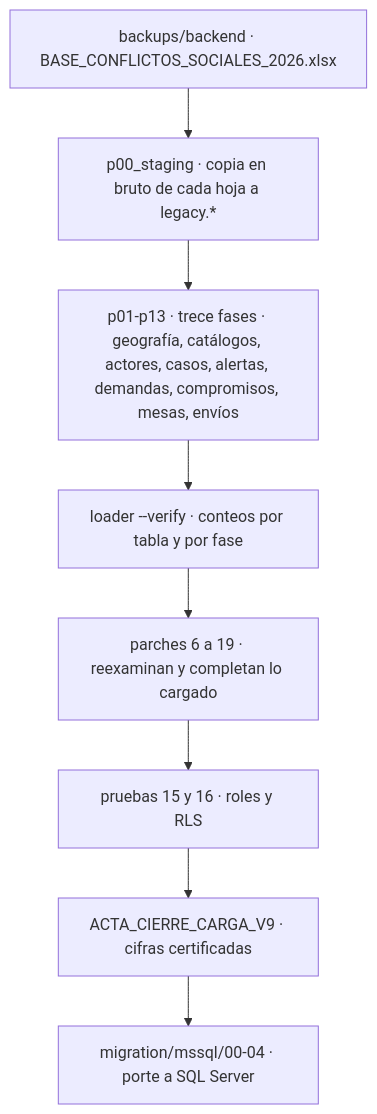
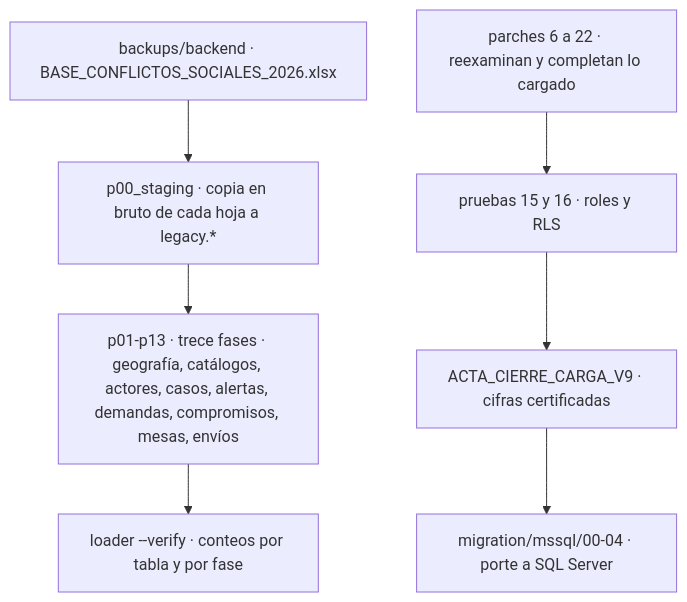
One commit to diegopaucarv/avisa changed the second of 2 diagrams in docs/README.md. Above: the diagram before and after it, drawn with Mermaid. The commit also changed other lines of this file and 57 other files, not shown here.

````diff
--- a/docs/README.md
+++ b/docs/README.md
@@ -485,10 +510,10 @@
 ```mermaid
 flowchart TD
     X["backups/backend · BASE_CONFLICTOS_SOCIALES_2026.xlsx"] --> S["p00_staging · copia en bruto de cada hoja a legacy.*"]
     S --> P["p01-p13 · trece fases · geografía, catálogos, actores, casos, alertas, demandas, compromisos, mesas, envíos"]
     P --> V["loader --verify · conteos por tabla y por fase"]
-    V --> Q["parches 6 a 19 · reexaminan y completan lo cargado"]
+    Q["parches 6 a 22 · reexaminan y completan lo cargado"]
     Q --> Z["pruebas 15 y 16 · roles y RLS"]
     Z --> AC["ACTA_CIERRE_CARGA_V9 · cifras certificadas"]
     AC --> M["migration/mssql/00-04 · porte a SQL Server"]
 ```
````
